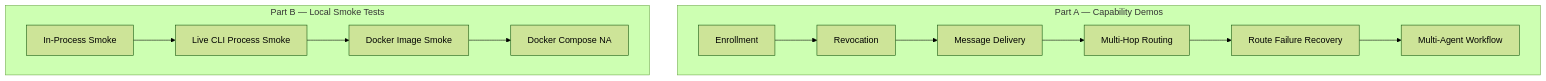
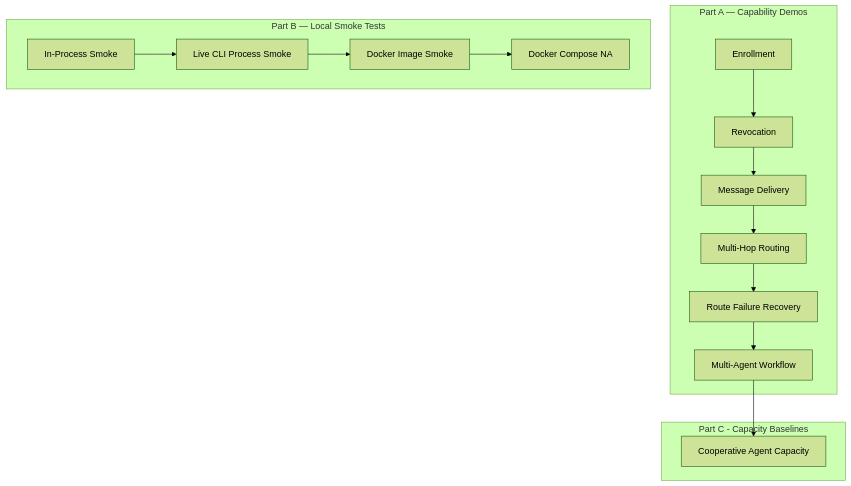
Before and after one commit to GenesisMeshLabs/genesismesh: the first of 9 diagrams in docs/examples/demos.md, drawn with Mermaid (forest theme). The commit also changed other lines of this file and 7 other files, not shown here.

````diff
--- a/docs/examples/demos.md
+++ b/docs/examples/demos.md
@@ -22,21 +24,26 @@
 ```{mermaid}
 flowchart TD
     subgraph A[Part A — Capability Demos]
         A1[Enrollment]
         A2[Revocation]
         A3[Message Delivery]
         A4[Multi-Hop Routing]
         A5[Route Failure Recovery]
         A6[Multi-Agent Workflow]
     end
 
     subgraph B[Part B — Local Smoke Tests]
         B1[In-Process Smoke]
         B2[Live CLI Process Smoke]
         B3[Docker Image Smoke]
         B4[Docker Compose NA]
     end
 
+    subgraph C[Part C - Capacity Baselines]
+        C1[Cooperative Agent Capacity]
+    end
+
     A1 --> A2 --> A3 --> A4 --> A5 --> A6
     B1 --> B2 --> B3 --> B4
+    A6 --> C1
 ```
````
